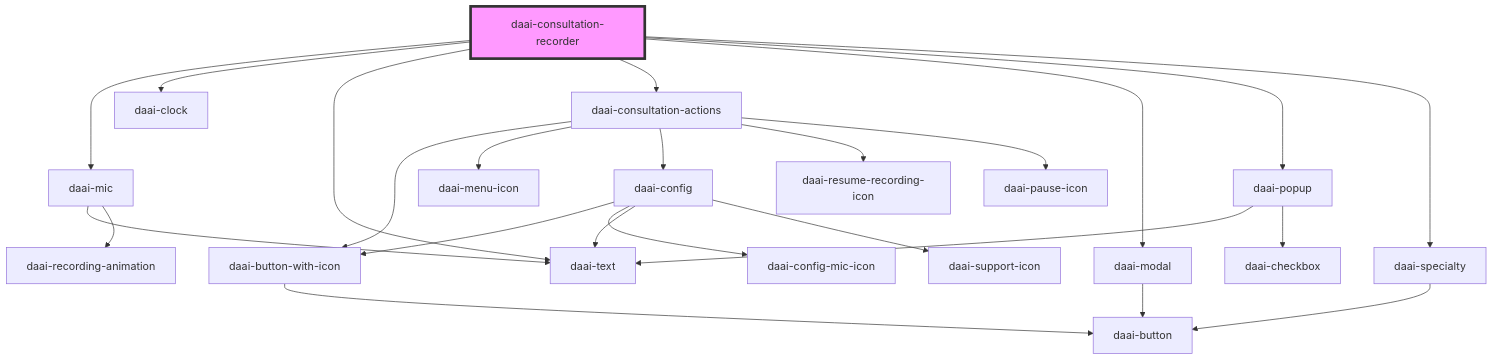
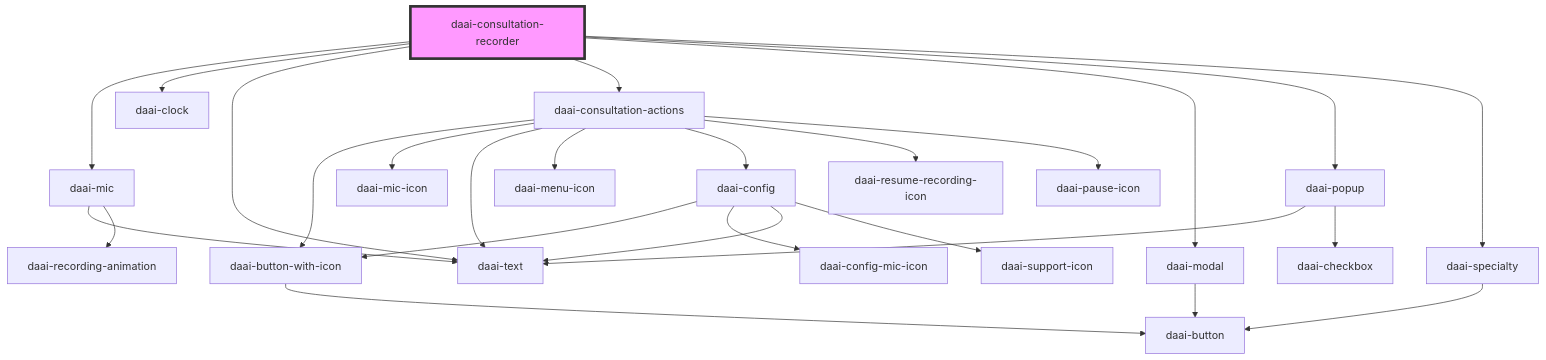
Before and after one commit to doctor-assistant/web-components: the diagram in src/components/templates/daai-consultation-recorder/readme.md, drawn with Mermaid. The commit also changed 3 other files, not shown here.

````diff
--- a/src/components/templates/daai-consultation-recorder/readme.md
+++ b/src/components/templates/daai-consultation-recorder/readme.md
@@ -35,27 +35,29 @@
 ```mermaid
 graph TD;
   daai-consultation-recorder --> daai-mic
   daai-consultation-recorder --> daai-clock
   daai-consultation-recorder --> daai-text
   daai-consultation-recorder --> daai-consultation-actions
   daai-consultation-recorder --> daai-modal
   daai-consultation-recorder --> daai-popup
   daai-consultation-recorder --> daai-specialty
   daai-mic --> daai-text
   daai-mic --> daai-recording-animation
   daai-consultation-actions --> daai-button-with-icon
+  daai-consultation-actions --> daai-mic-icon
+  daai-consultation-actions --> daai-text
   daai-consultation-actions --> daai-menu-icon
   daai-consultation-actions --> daai-config
   daai-consultation-actions --> daai-resume-recording-icon
   daai-consultation-actions --> daai-pause-icon
   daai-button-with-icon --> daai-button
   daai-config --> daai-button-with-icon
   daai-config --> daai-config-mic-icon
   daai-config --> daai-text
   daai-config --> daai-support-icon
   daai-modal --> daai-button
   daai-popup --> daai-text
   daai-popup --> daai-checkbox
   daai-specialty --> daai-button
   style daai-consultation-recorder fill:#f9f,stroke:#333,stroke-width:4px
 ```
````
